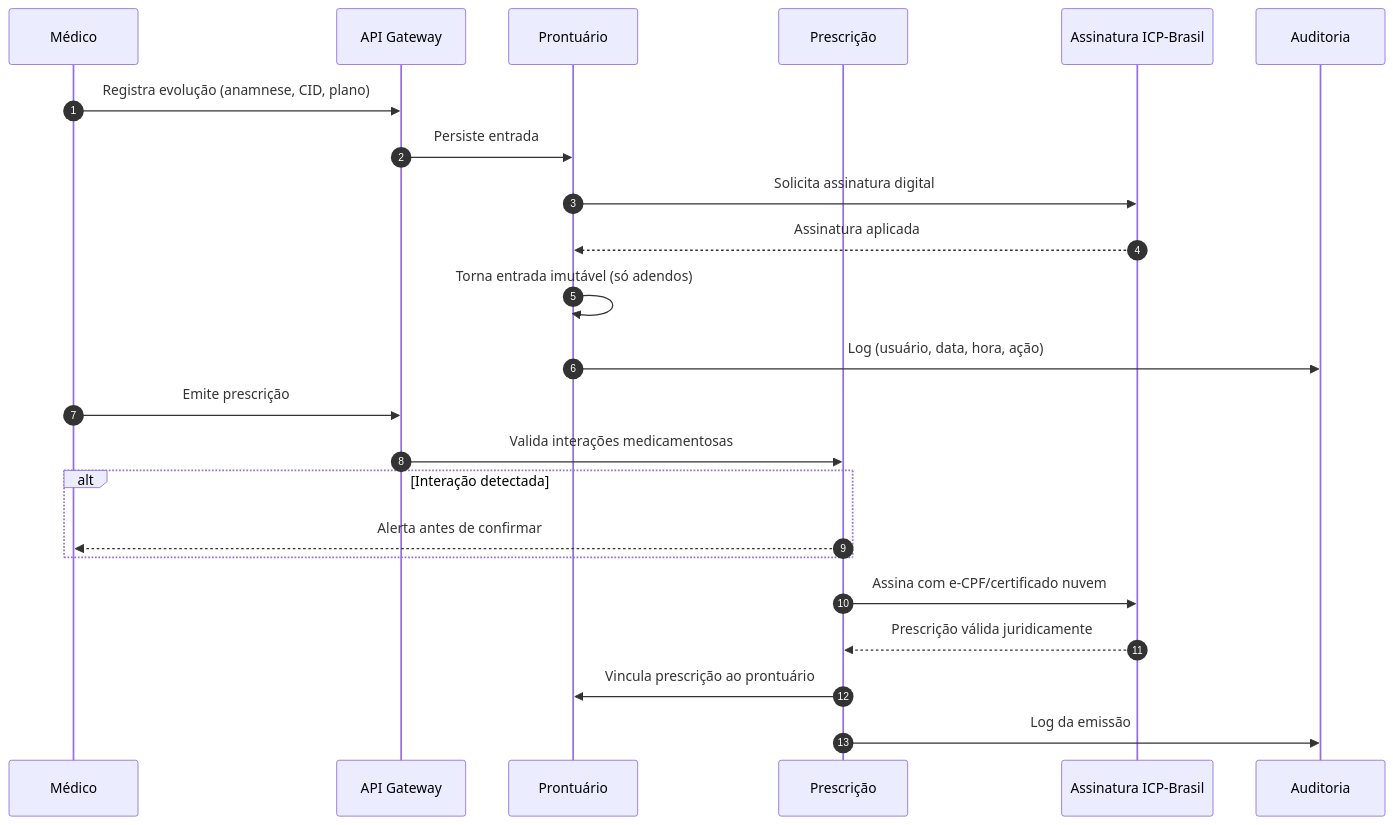
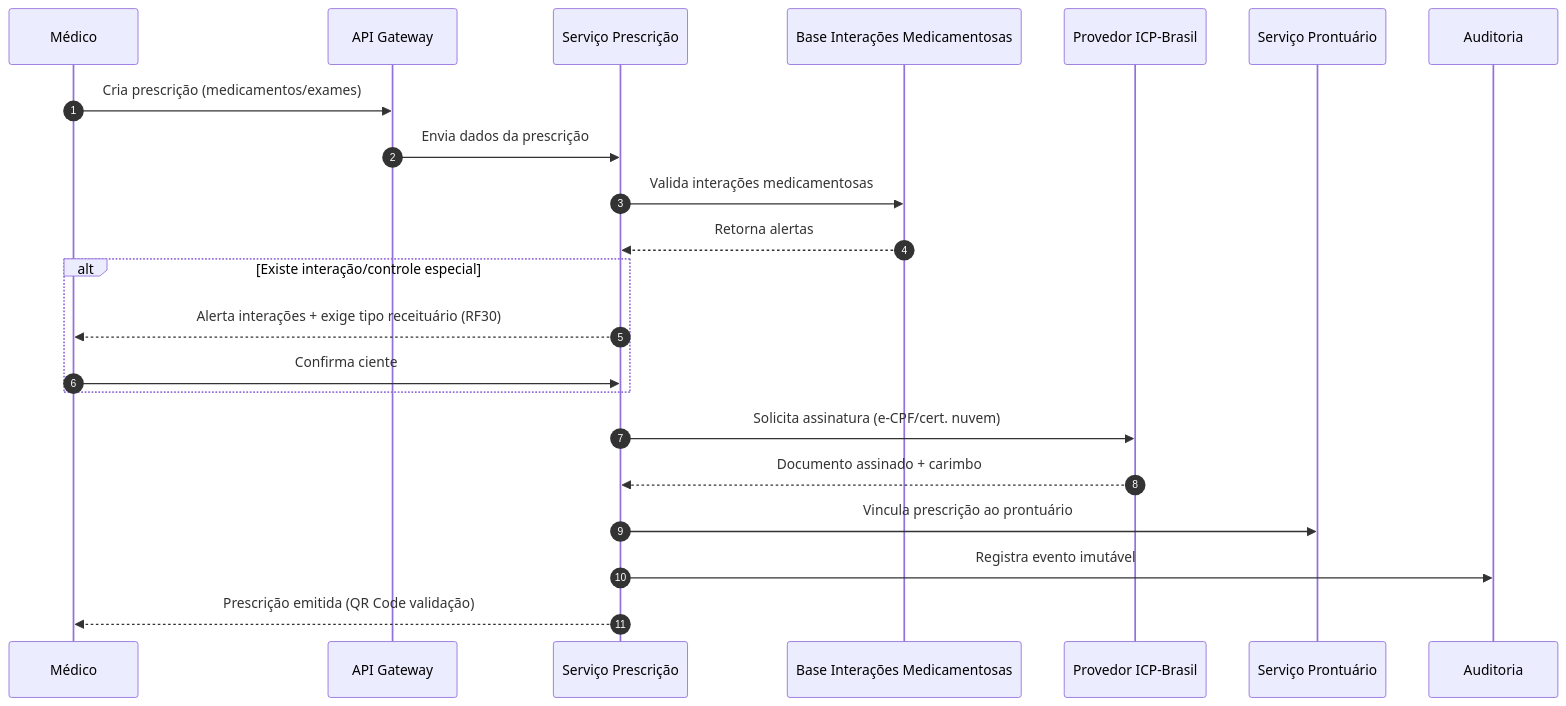
One commit to PDC-ESIA/AI4ES changed the third of 4 diagrams in docs/Time_2_Design/analise-qualitativa/outputs/relatorio_claude_opus_4_8_G02.md. Above: the diagram before and after it, drawn with Mermaid. The commit also changed other lines of this file and 107 other files, not shown here.

````diff
--- a/docs/Time_2_Design/analise-qualitativa/outputs/relatorio_claude_opus_4_8_G02.md
+++ b/docs/Time_2_Design/analise-qualitativa/outputs/relatorio_claude_opus_4_8_G02.md
@@ -121,26 +127,25 @@
 ```mermaid
 sequenceDiagram
     autonumber
     participant M as Médico
     participant GW as API Gateway
-    participant EHR as Prontuário
-    participant PRE as Prescrição
-    participant ICP as Assinatura ICP-Brasil
+    participant PRE as Serviço Prescrição
+    participant DRG as Base Interações Medicamentosas
+    participant ICP as Provedor ICP-Brasil
+    participant PRO as Serviço Prontuário
     participant AUD as Auditoria
 
-    M->>GW: Registra evolução (anamnese, CID, plano)
-    GW->>EHR: Persiste entrada
-    EHR->>ICP: Solicita assinatura digital
-    ICP-->>EHR: Assinatura aplicada
-    EHR->>EHR: Torna entrada imutável (só adendos)
-    EHR->>AUD: Log (usuário, data, hora, ação)
-    M->>GW: Emite prescrição
-    GW->>PRE: Valida interações medicamentosas
-    alt Interação detectada
-        PRE-->>M: Alerta antes de confirmar
+    M->>GW: Cria prescrição (medicamentos/exames)
+    GW->>PRE: Envia dados da prescrição
+    PRE->>DRG: Valida interações medicamentosas
+    DRG-->>PRE: Retorna alertas
+    alt Existe interação/controle especial
+        PRE-->>M: Alerta interações + exige tipo receituário (RF30)
+        M->>PRE: Confirma ciente
     end
-    PRE->>ICP: Assina com e-CPF/certificado nuvem
-    ICP-->>PRE: Prescrição válida juridicamente
-    PRE->>EHR: Vincula prescrição ao prontuário
-    PRE->>AUD: Log da emissão
+    PRE->>ICP: Solicita assinatura (e-CPF/cert. nuvem)
+    ICP-->>PRE: Documento assinado + carimbo
+    PRE->>PRO: Vincula prescrição ao prontuário
+    PRE->>AUD: Registra evento imutável
+    PRE-->>M: Prescrição emitida (QR Code validação)
 ```
````
